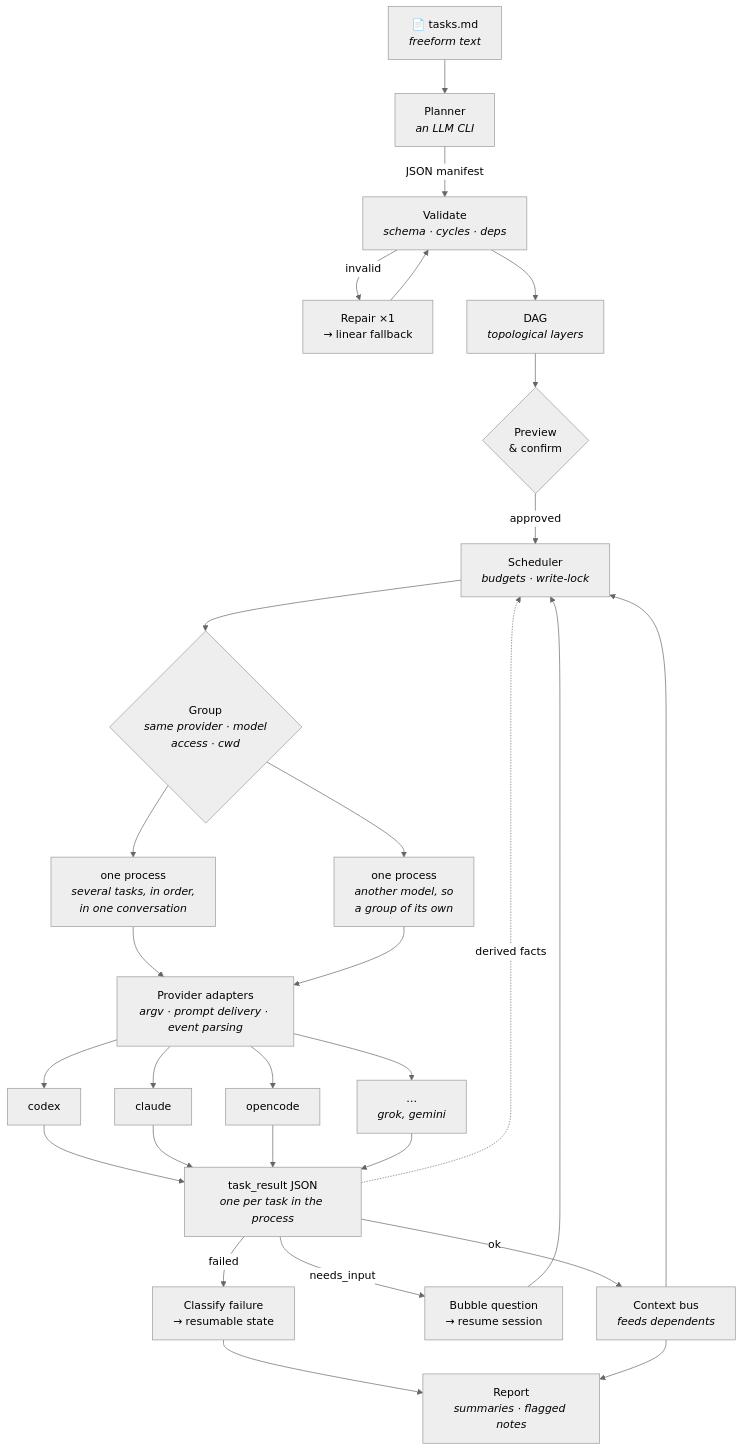
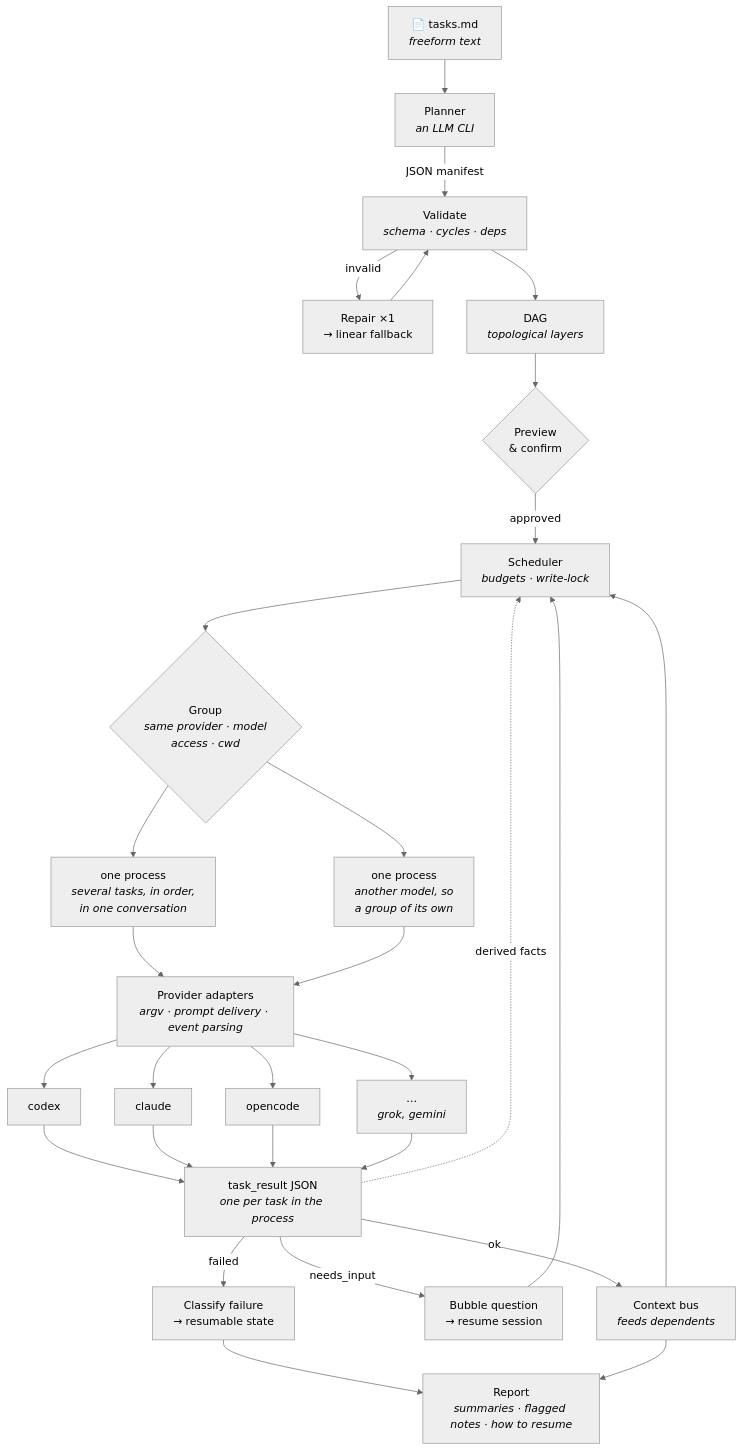
The diagram in README.md (juliomatcom/baya-cli), drawn with Mermaid (neutral theme) before and after one commit. The commit also changed other lines of this file and 27 other files, not shown here.

````diff
--- a/README.md
+++ b/README.md
@@ -111,38 +111,38 @@
 ```mermaid
 flowchart TB
     MD["📄 tasks.md<br/><i>freeform text</i>"] --> P["Planner<br/><i>an LLM CLI</i>"]
     P -->|JSON manifest| V["Validate<br/><i>schema · cycles · deps</i>"]
     V -->|invalid| R["Repair ×1<br/>→ linear fallback"]
     R --> V
     V --> G["DAG<br/><i>topological layers</i>"]
     G --> GATE{"Preview<br/>& confirm"}
     GATE -->|approved| S["Scheduler<br/><i>budgets · write-lock</i>"]
 
     S --> GRP{"Group<br/><i>same provider · model<br/>access · cwd</i>"}
 
     GRP --> P1["one process<br/><i>several tasks, in order,<br/>in one conversation</i>"]
     GRP --> P2["one process<br/><i>another model, so<br/>a group of its own</i>"]
 
     P1 --> AD["Provider adapters<br/><i>argv · prompt delivery · event parsing</i>"]
     P2 --> AD
 
     AD --> C1["codex"]
     AD --> C2["claude"]
     AD --> C3["opencode"]
     AD --> CN["…<br/><i>grok, gemini</i>"]
 
     C1 --> RES["task_result JSON<br/><i>one per task in the process</i>"]
     C2 --> RES
     C3 --> RES
     CN --> RES
 
     RES -->|ok| BUS["Context bus<br/><i>feeds dependents</i>"]
     RES -->|needs_input| ASK["Bubble question<br/>→ resume session"]
     RES -->|failed| REC["Classify failure<br/>→ resumable state"]
 
     RES -.->|derived facts| S
     BUS --> S
     ASK --> S
-    REC --> OUT["Report<br/><i>summaries · flagged notes</i>"]
+    REC --> OUT["Report<br/><i>summaries · flagged notes · how to resume</i>"]
     BUS --> OUT
 ```
````
